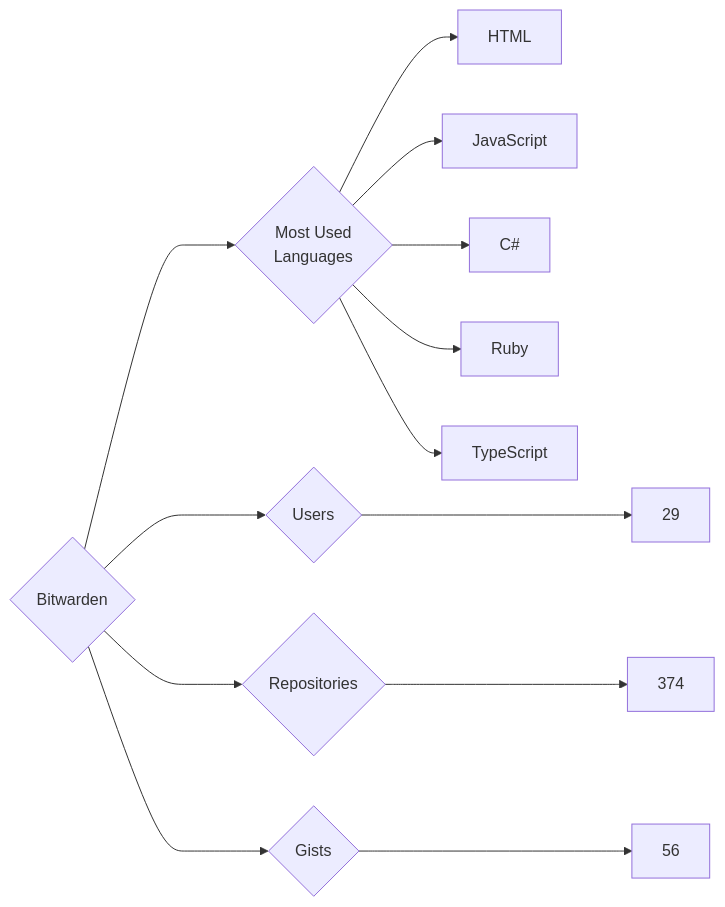
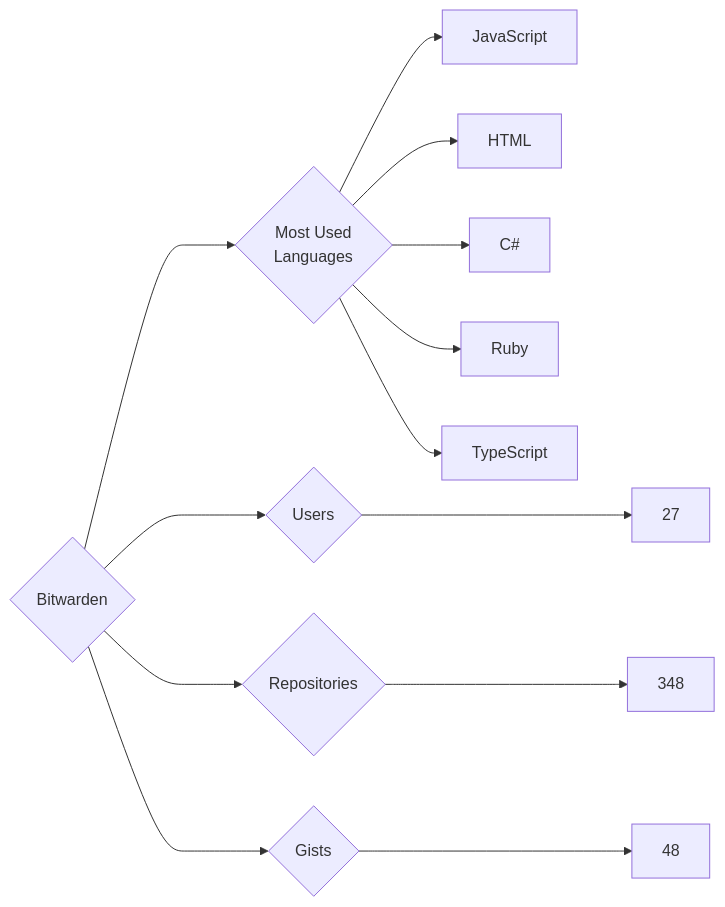
The diagram in targets/Bitwarden/README.md (trickest/insiders), drawn with Mermaid before and after one commit. The commit also changed 736 other files, not shown here.

````diff
--- a/targets/Bitwarden/README.md
+++ b/targets/Bitwarden/README.md
@@ -3,13 +3,13 @@
 ```mermaid
 graph LR
 COMPANY_NAME{Bitwarden}
-COMPANY_NAME ---> U{Users} ---> UN[29]
-COMPANY_NAME ---> R{Repositories} ---> RN[374]
-COMPANY_NAME ---> G{Gists} ---> GN[56]
+COMPANY_NAME ---> U{Users} ---> UN[27]
+COMPANY_NAME ---> R{Repositories} ---> RN[348]
+COMPANY_NAME ---> G{Gists} ---> GN[48]
 COMPANY_NAME ---> ML{Most Used<br>Languages}
+ML --> JavaScript[JavaScript]
 ML --> HTML[HTML]
-ML --> JavaScript[JavaScript]
 ML --> C#[C#]
 ML --> Ruby[Ruby]
 ML --> TypeScript[TypeScript]
 ```
````
